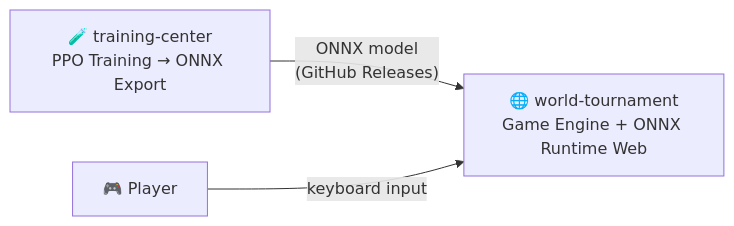
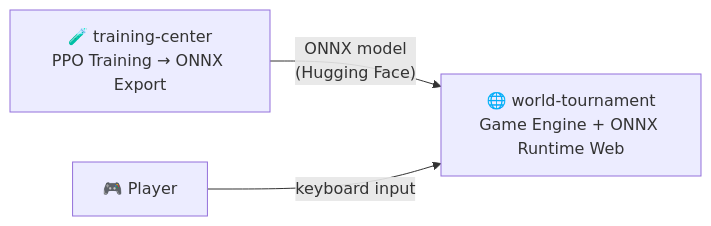
One commit to alphachu-volleyball/champions changed the diagram in README.md. Above: the diagram before and after it, drawn with Mermaid. The commit also changed other lines of this file and 10 other files, not shown here.

````diff
--- a/README.md
+++ b/README.md
@@ -20,9 +20,9 @@
 ```mermaid
 graph LR
     TC["🧪 training-center<br>PPO Training → ONNX Export"]
     WT["🌐 world-tournament<br>Game Engine + ONNX Runtime Web"]
     USER["🎮 Player"]
 
-    TC -- "ONNX model<br>(GitHub Releases)" --> WT
+    TC -- "ONNX model<br>(Hugging Face)" --> WT
     USER -- "keyboard input" --> WT
 ```
````
